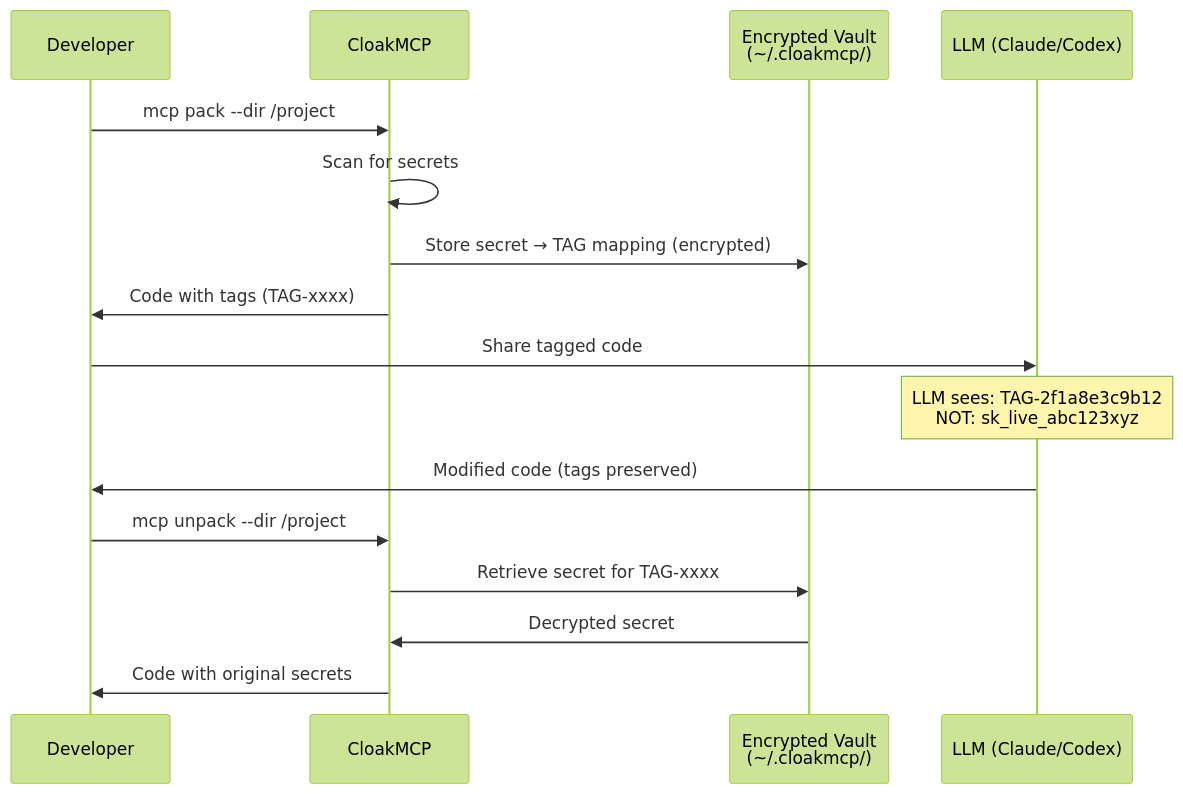
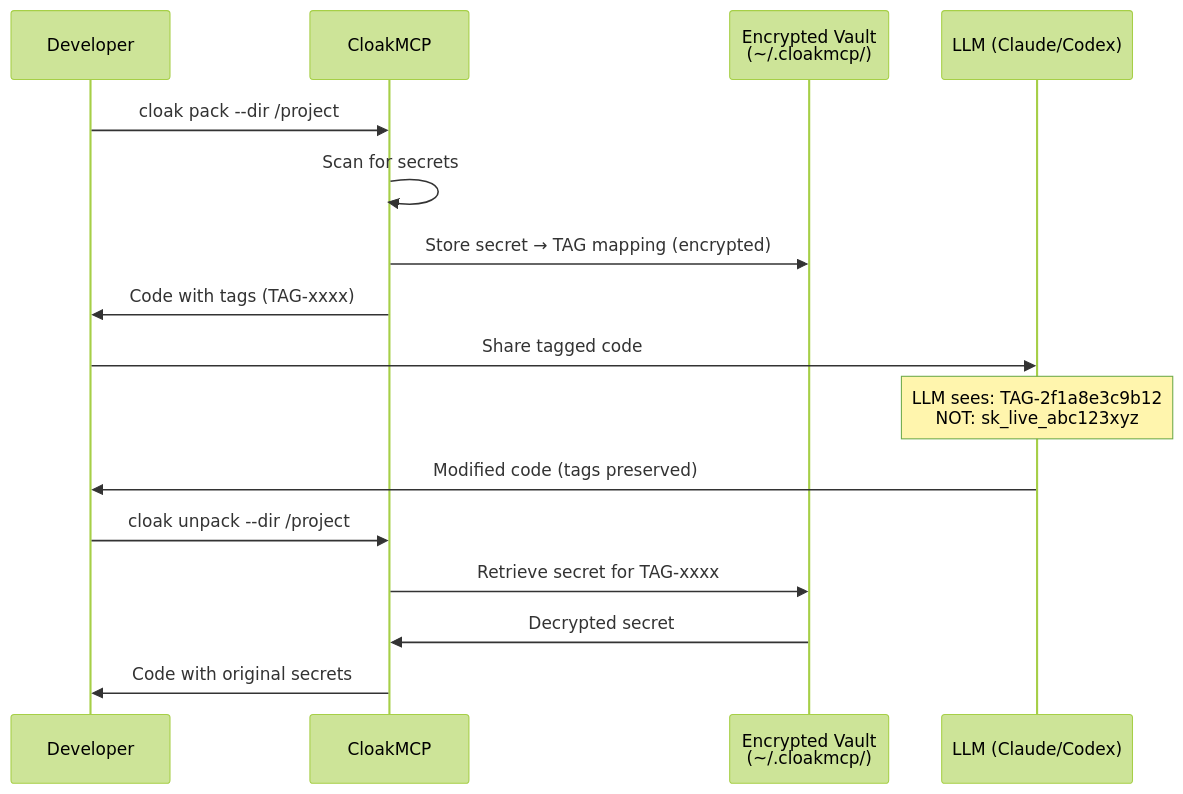
The second of 6 diagrams in README.md (ovitrac/CloakMCP), drawn with Mermaid (forest theme) before and after one commit. The commit also changed other lines of this file and 25 other files, not shown here.

````diff
--- a/README.md
+++ b/README.md
@@ -181,21 +181,21 @@
 ```mermaid
 sequenceDiagram
     participant Dev as Developer
     participant MCP as CloakMCP
     participant Vault as Encrypted Vault<br/>(~/.cloakmcp/)
     participant LLM as LLM (Claude/Codex)
 
-    Dev->>MCP: mcp pack --dir /project
+    Dev->>MCP: cloak pack --dir /project
     MCP->>MCP: Scan for secrets
     MCP->>Vault: Store secret → TAG mapping (encrypted)
     MCP->>Dev: Code with tags (TAG-xxxx)
 
     Dev->>LLM: Share tagged code
     Note over LLM: LLM sees: TAG-2f1a8e3c9b12<br/>NOT: sk_live_abc123xyz
 
     LLM->>Dev: Modified code (tags preserved)
-    Dev->>MCP: mcp unpack --dir /project
+    Dev->>MCP: cloak unpack --dir /project
     MCP->>Vault: Retrieve secret for TAG-xxxx
     Vault->>MCP: Decrypted secret
     MCP->>Dev: Code with original secrets
 ```
````
